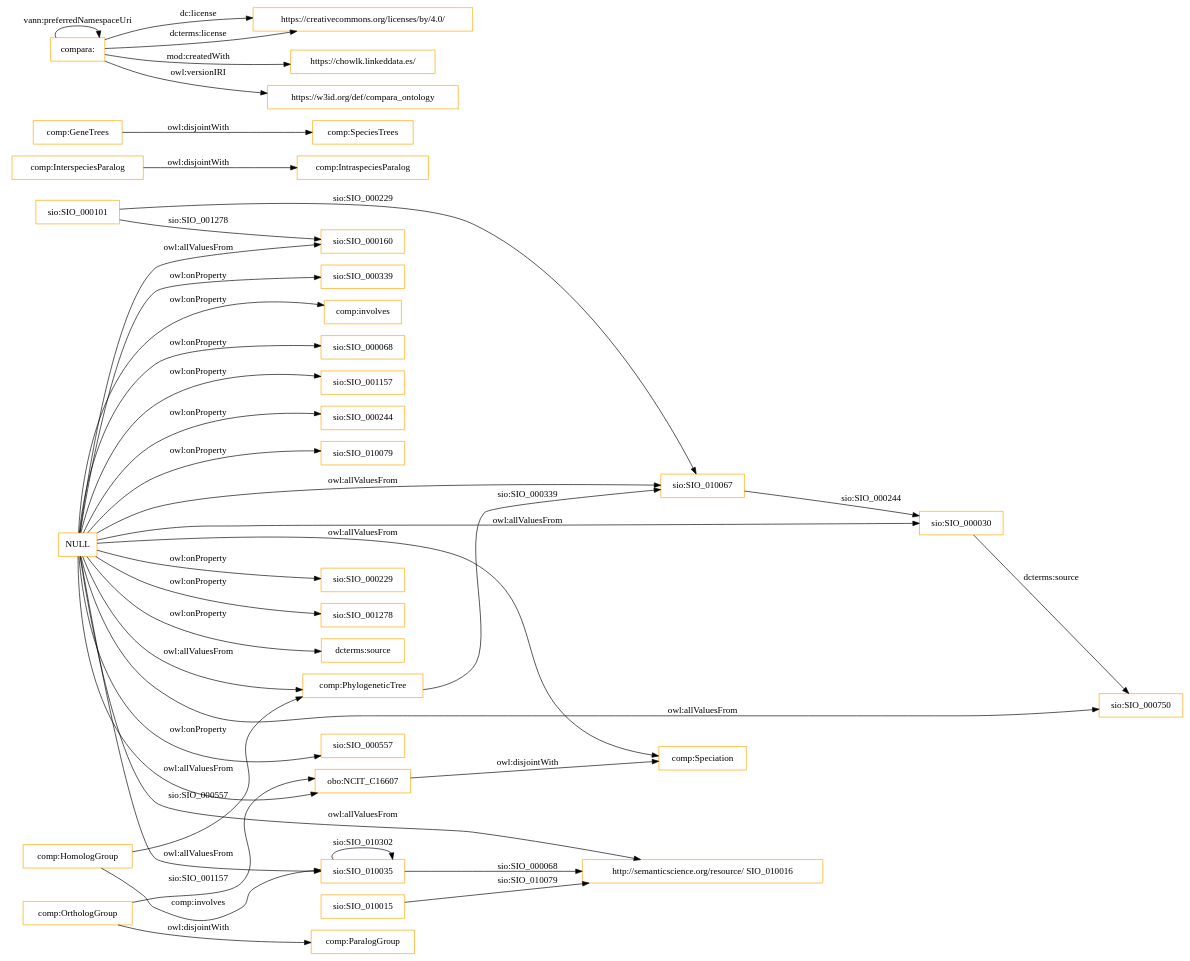
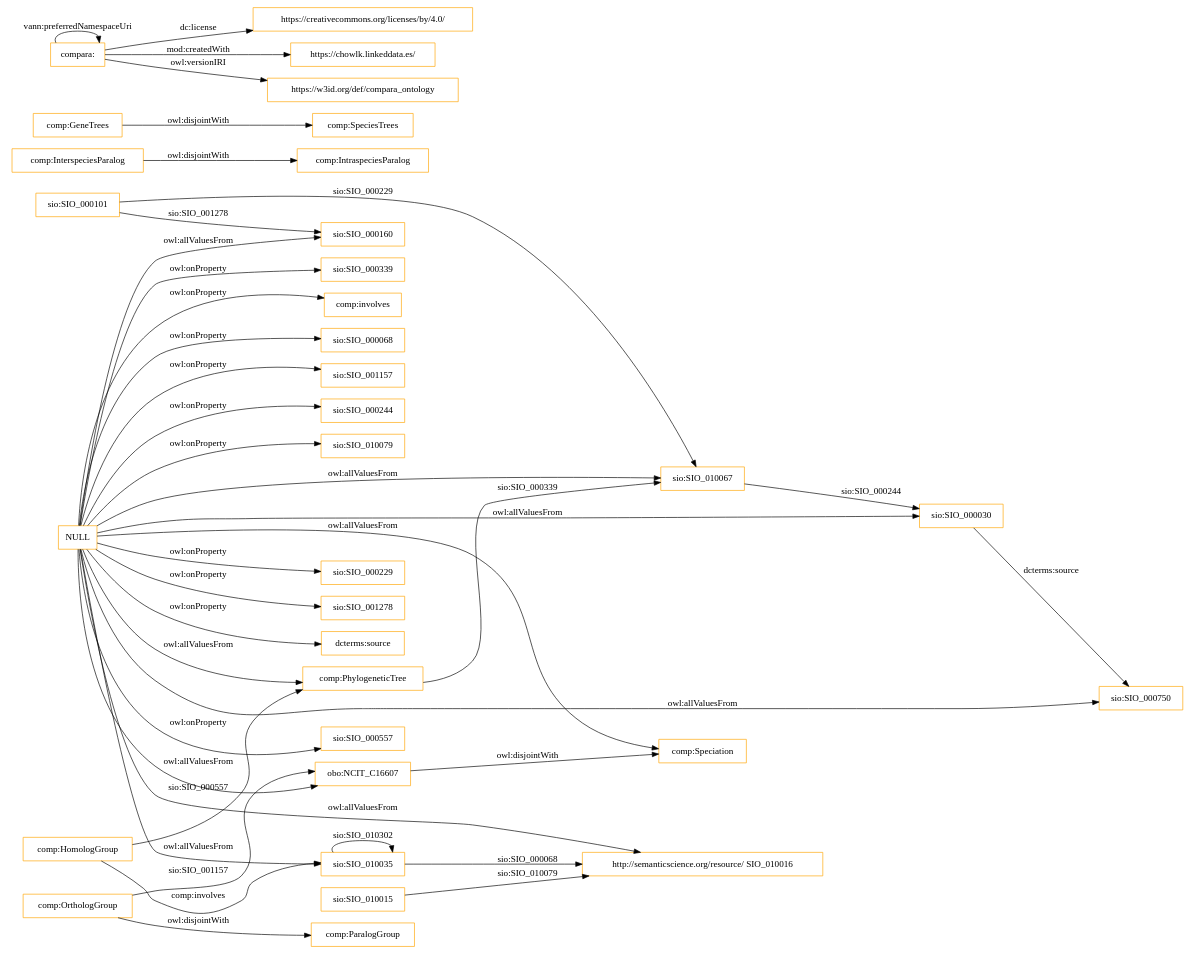
One commit to jacgonisa/compara_ontology changed the diagram in OnToology/COMPARAontology.ttl/diagrams/ar2dtool-class/COMPARAontology.ttl.png.dot. Above: the diagram before and after it, drawn with Graphviz. The commit also changed 7 other files, not shown here.

```diff
--- a/OnToology/COMPARAontology.ttl/diagrams/ar2dtool-class/COMPARAontology.ttl.png.dot
+++ b/OnToology/COMPARAontology.ttl/diagrams/ar2dtool-class/COMPARAontology.ttl.png.dot
@@ -1,45 +1,44 @@
 digraph ar2dtool_diagram { 
 rankdir=LR;
 size="1501"
 node [shape = rectangle, color="orange"]; "sio:SIO_000030" "sio:SIO_010067" "comp:Speciation" "comp:IntraspeciesParalog" "comp:InterspeciesParalog" "http://semanticscience.org/resource/ SIO_010016" "sio:SIO_000160" "sio:SIO_000750" "sio:SIO_000101" "sio:SIO_010015" "comp:SpeciesTrees" "comp:GeneTrees" "obo:NCIT_C16607" "comp:ParalogGroup" "comp:OrthologGroup" "sio:SIO_010035" "comp:HomologGroup" "comp:PhylogeneticTree" ; /*classes style*/
 	"comp:OrthologGroup" -> "comp:ParalogGroup" [ label = "owl:disjointWith" ];
 	"comp:InterspeciesParalog" -> "comp:IntraspeciesParalog" [ label = "owl:disjointWith" ];
 	"obo:NCIT_C16607" -> "comp:Speciation" [ label = "owl:disjointWith" ];
 	"compara:" -> "https://creativecommons.org/licenses/by/4.0/" [ label = "dc:license" ];
 	"compara:" -> "compara:" [ label = "vann:preferredNamespaceUri" ];
-	"compara:" -> "https://creativecommons.org/licenses/by/4.0/" [ label = "dcterms:license" ];
 	"compara:" -> "https://chowlk.linkeddata.es/" [ label = "mod:createdWith" ];
 	"compara:" -> "https://w3id.org/def/compara_ontology" [ label = "owl:versionIRI" ];
 	"comp:GeneTrees" -> "comp:SpeciesTrees" [ label = "owl:disjointWith" ];
 	"NULL" -> "sio:SIO_000030" [ label = "owl:allValuesFrom" ];
 	"NULL" -> "comp:PhylogeneticTree" [ label = "owl:allValuesFrom" ];
 	"NULL" -> "sio:SIO_000750" [ label = "owl:allValuesFrom" ];
 	"NULL" -> "sio:SIO_000229" [ label = "owl:onProperty" ];
 	"NULL" -> "sio:SIO_001278" [ label = "owl:onProperty" ];
 	"NULL" -> "dcterms:source" [ label = "owl:onProperty" ];
 	"NULL" -> "http://semanticscience.org/resource/ SIO_010016" [ label = "owl:allValuesFrom" ];
 	"NULL" -> "sio:SIO_000557" [ label = "owl:onProperty" ];
 	"NULL" -> "comp:Speciation" [ label = "owl:allValuesFrom" ];
 	"NULL" -> "sio:SIO_000339" [ label = "owl:onProperty" ];
 	"NULL" -> "obo:NCIT_C16607" [ label = "owl:allValuesFrom" ];
 	"NULL" -> "sio:SIO_000160" [ label = "owl:allValuesFrom" ];
 	"NULL" -> "comp:involves" [ label = "owl:onProperty" ];
 	"NULL" -> "sio:SIO_000068" [ label = "owl:onProperty" ];
 	"NULL" -> "sio:SIO_001157" [ label = "owl:onProperty" ];
 	"NULL" -> "sio:SIO_010035" [ label = "owl:allValuesFrom" ];
 	"NULL" -> "sio:SIO_000244" [ label = "owl:onProperty" ];
 	"NULL" -> "sio:SIO_010067" [ label = "owl:allValuesFrom" ];
 	"NULL" -> "sio:SIO_010079" [ label = "owl:onProperty" ];
 	"sio:SIO_010015" -> "http://semanticscience.org/resource/ SIO_010016" [ label = "sio:SIO_010079" ];
 	"sio:SIO_010067" -> "sio:SIO_000030" [ label = "sio:SIO_000244" ];
 	"sio:SIO_010035" -> "http://semanticscience.org/resource/ SIO_010016" [ label = "sio:SIO_000068" ];
 	"sio:SIO_000030" -> "sio:SIO_000750" [ label = "dcterms:source" ];
 	"comp:HomologGroup" -> "sio:SIO_010035" [ label = "comp:involves" ];
 	"sio:SIO_000101" -> "sio:SIO_010067" [ label = "sio:SIO_000229" ];
 	"comp:OrthologGroup" -> "obo:NCIT_C16607" [ label = "sio:SIO_001157" ];
 	"comp:PhylogeneticTree" -> "sio:SIO_010067" [ label = "sio:SIO_000339" ];
 	"sio:SIO_000101" -> "sio:SIO_000160" [ label = "sio:SIO_001278" ];
 	"sio:SIO_010035" -> "sio:SIO_010035" [ label = "sio:SIO_010302" ];
 	"comp:HomologGroup" -> "comp:PhylogeneticTree" [ label = "sio:SIO_000557" ];
 
 }
```
